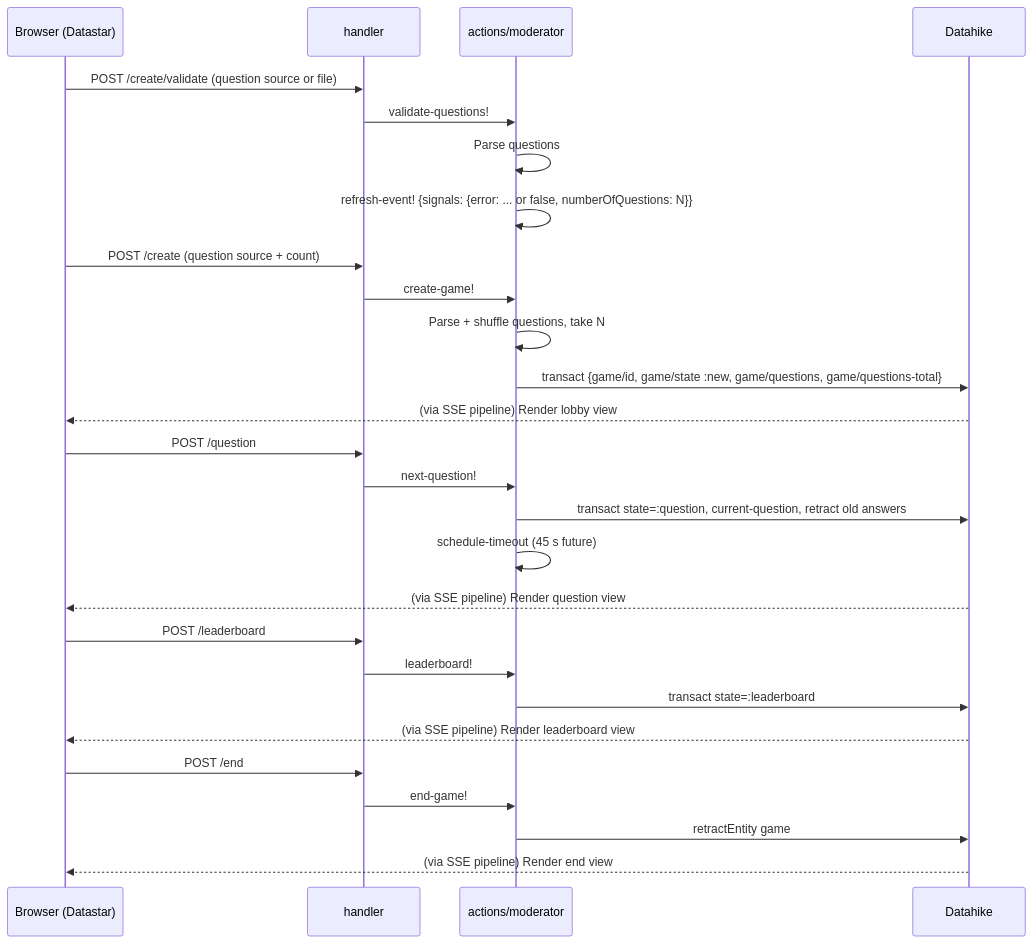
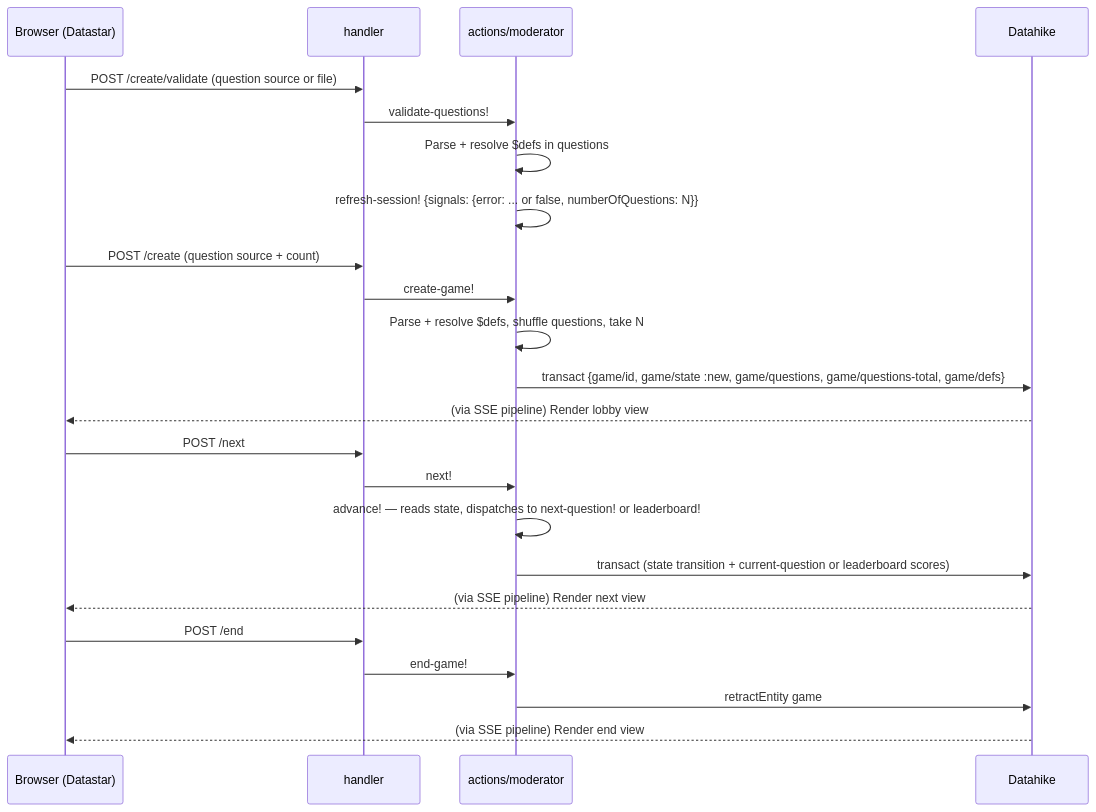
One commit to jindrichmynarz/localquiz changed the fifth of 8 diagrams in data_flow.md. Above: the diagram before and after it, drawn with Mermaid. The commit also changed other lines of this file, not shown here.

Commit message:
Update the data flow documentation

````diff
--- a/data_flow.md
+++ b/data_flow.md
@@ -142,34 +148,29 @@
 ```mermaid
 sequenceDiagram
     participant B as Browser (Datastar)
     participant H as handler
     participant A as actions/moderator
     participant DB as Datahike
 
     B->>H: POST /create/validate (question source or file)
     H->>A: validate-questions!
-    A->>A: Parse questions
-    A->>A: refresh-event! {signals: {error: ... or false, numberOfQuestions: N}}
+    A->>A: Parse + resolve $defs in questions
+    A->>A: refresh-session! {signals: {error: ... or false, numberOfQuestions: N}}
 
     B->>H: POST /create (question source + count)
     H->>A: create-game!
-    A->>A: Parse + shuffle questions, take N
-    A->>DB: transact {game/id, game/state :new, game/questions, game/questions-total}
+    A->>A: Parse + resolve $defs, shuffle questions, take N
+    A->>DB: transact {game/id, game/state :new, game/questions, game/questions-total, game/defs}
     DB-->>B: (via SSE pipeline) Render lobby view
 
-    B->>H: POST /question
-    H->>A: next-question!
-    A->>DB: transact state=:question, current-question, retract old answers
-    A->>A: schedule-timeout (45 s future)
-    DB-->>B: (via SSE pipeline) Render question view
-
-    B->>H: POST /leaderboard
-    H->>A: leaderboard!
-    A->>DB: transact state=:leaderboard
-    DB-->>B: (via SSE pipeline) Render leaderboard view
+    B->>H: POST /next
+    H->>A: next!
+    A->>A: advance! — reads state, dispatches to next-question! or leaderboard!
+    A->>DB: transact (state transition + current-question or leaderboard scores)
+    DB-->>B: (via SSE pipeline) Render next view
 
     B->>H: POST /end
     H->>A: end-game!
     A->>DB: retractEntity game
     DB-->>B: (via SSE pipeline) Render end view
 ```
````
